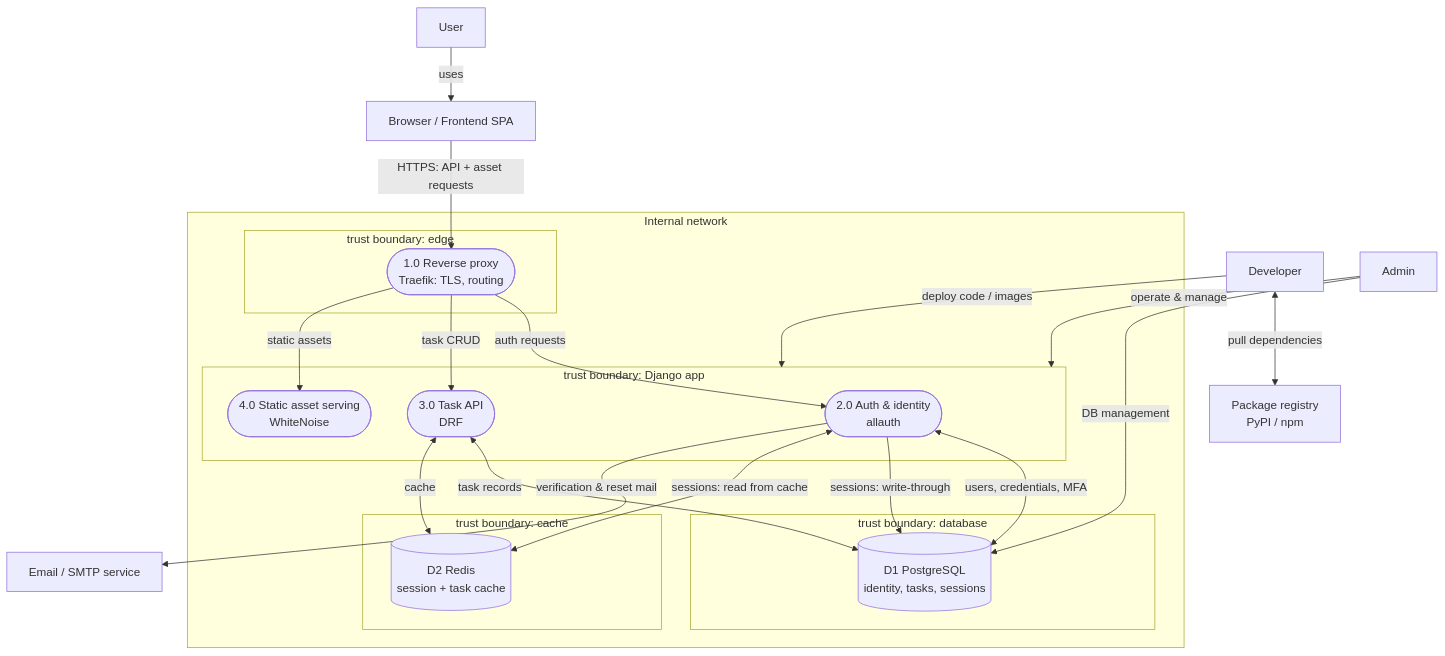
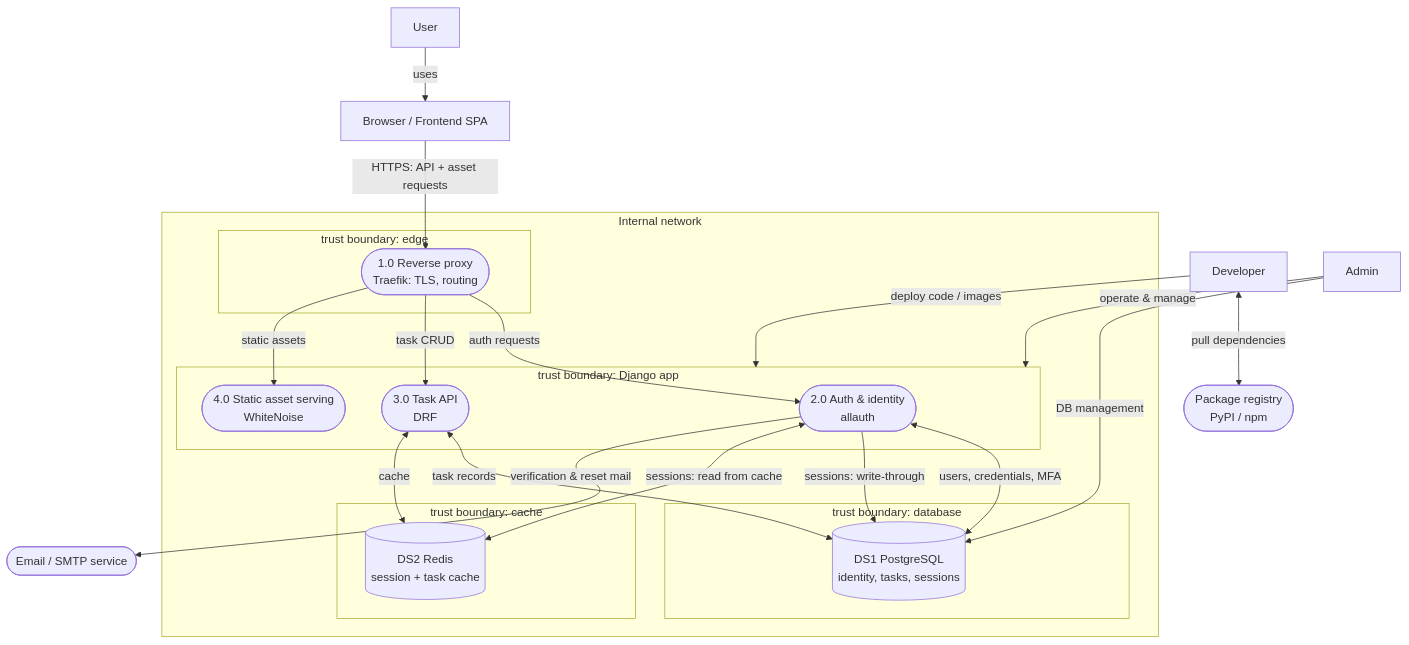
One commit to rubendv/sdlc-todo changed the diagram in docs/threat-model/level-1-dfd.md. Above: the diagram before and after it, drawn with Mermaid. The commit also changed other lines of this file and 5 other files, not shown here.

````diff
--- a/docs/threat-model/level-1-dfd.md
+++ b/docs/threat-model/level-1-dfd.md
@@ -10,45 +10,47 @@
 ```mermaid
 flowchart TB
-    %% external entities
+    %% external entities (actors)
     user[User]
     browser[Browser / Frontend SPA]
     dev[Developer]
     admin[Admin]
-    email[Email / SMTP service]
-    registry[Package registry<br/>PyPI / npm]
+
+    %% third-party processes (full STRIDE; outside our trust boundary)
+    email([Email / SMTP service])
+    registry([Package registry<br/>PyPI / npm])
 
     subgraph internal[Internal network]
         subgraph tb_proxy[trust boundary: edge]
             proxy([1.0 Reverse proxy<br/>Traefik: TLS, routing])
         end
         subgraph tb_django[trust boundary: Django app]
             auth([2.0 Auth & identity<br/>allauth])
             tasks([3.0 Task API<br/>DRF])
             static([4.0 Static asset serving<br/>WhiteNoise])
         end
         subgraph tb_pg[trust boundary: database]
-            pg[(D1 PostgreSQL<br/>identity, tasks, sessions)]
+            pg[(DS1 PostgreSQL<br/>identity, tasks, sessions)]
         end
         subgraph tb_redis[trust boundary: cache]
-            redis[(D2 Redis<br/>session + task cache)]
+            redis[(DS2 Redis<br/>session + task cache)]
         end
     end
 
     user -->|uses| browser
     browser -->|HTTPS: API + asset requests| proxy
     proxy -->|auth requests| auth
     proxy -->|task CRUD| tasks
     proxy -->|static assets| static
 
     auth <-->|users, credentials, MFA| pg
     auth -->|sessions: write-through| pg
     auth <-->|sessions: read from cache| redis
     auth -->|verification & reset mail| email
     tasks <-->|task records| pg
     tasks <-->|cache| redis
 
     dev <-->|pull dependencies| registry
     dev -->|deploy code / images| tb_django
     admin -->|operate & manage| tb_django
     admin -->|DB management| pg
 ```
````
